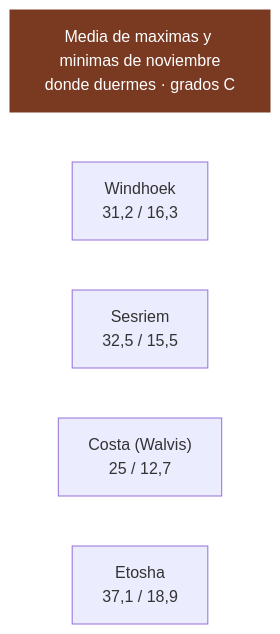
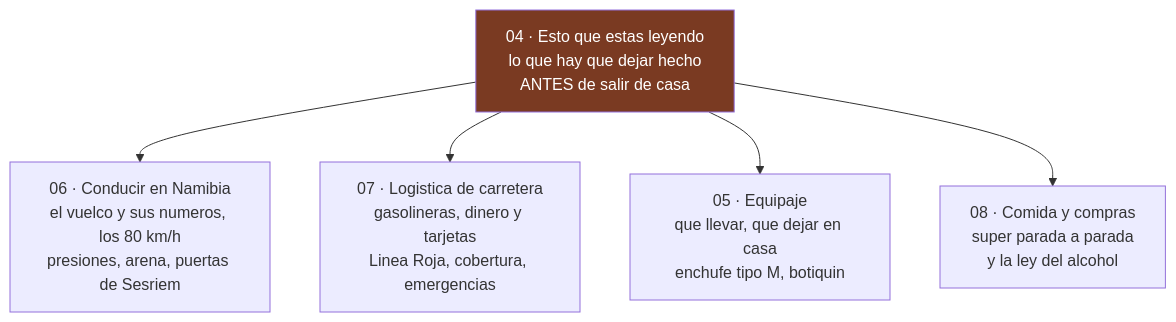
Before and after one commit to morandeirachema/namibia: the fifth of 5 diagrams in 04-guia-preparacion.md, drawn with Mermaid. The commit also changed other lines of this file, not shown here.

Commit message:
Quitar del documento de preparacion lo que ya esta en conduccion, logistica y equipaje: 281 lineas repetidas menos

````diff
--- a/04-guia-preparacion.md
+++ b/04-guia-preparacion.md
@@ -466,13 +248,9 @@
 ```mermaid
 flowchart TD
-    T["Media de maximas y minimas de noviembre<br/>donde duermes · grados C"]
-    n0["Windhoek<br/>31,2 / 16,3"]
-    n1["Sesriem<br/>32,5 / 15,5"]
-    n2["Costa (Walvis)<br/>25 / 12,7"]
-    n3["Etosha<br/>37,1 / 18,9"]
-    T ~~~ n0
-    n0 ~~~ n1
-    n1 ~~~ n2
-    n2 ~~~ n3
-    style T fill:#7a3a22,color:#fff,stroke:#7a3a22
+    P["04 · Esto que estas leyendo<br/>lo que hay que dejar hecho<br/>ANTES de salir de casa"]
+    P --> C["06 · Conducir en Namibia<br/>el vuelco y sus numeros, los 80 km/h<br/>presiones, arena, puertas de Sesriem"]
+    P --> L["07 · Logistica de carretera<br/>gasolineras, dinero y tarjetas<br/>Linea Roja, cobertura, emergencias"]
+    P --> E["05 · Equipaje<br/>que llevar, que dejar en casa<br/>enchufe tipo M, botiquin"]
+    P --> A["08 · Comida y compras<br/>super parada a parada<br/>y la ley del alcohol"]
+    style P fill:#7a3a22,color:#fff
 ```
````
